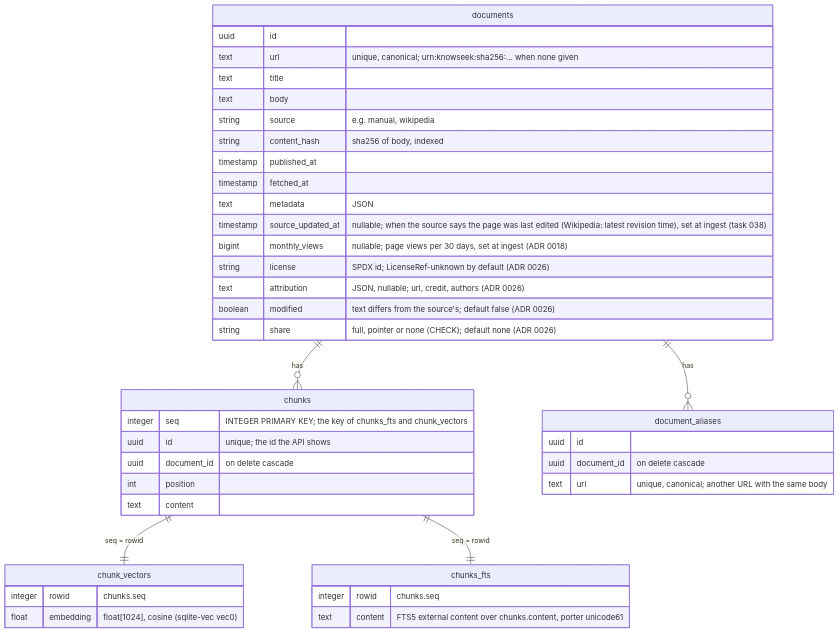
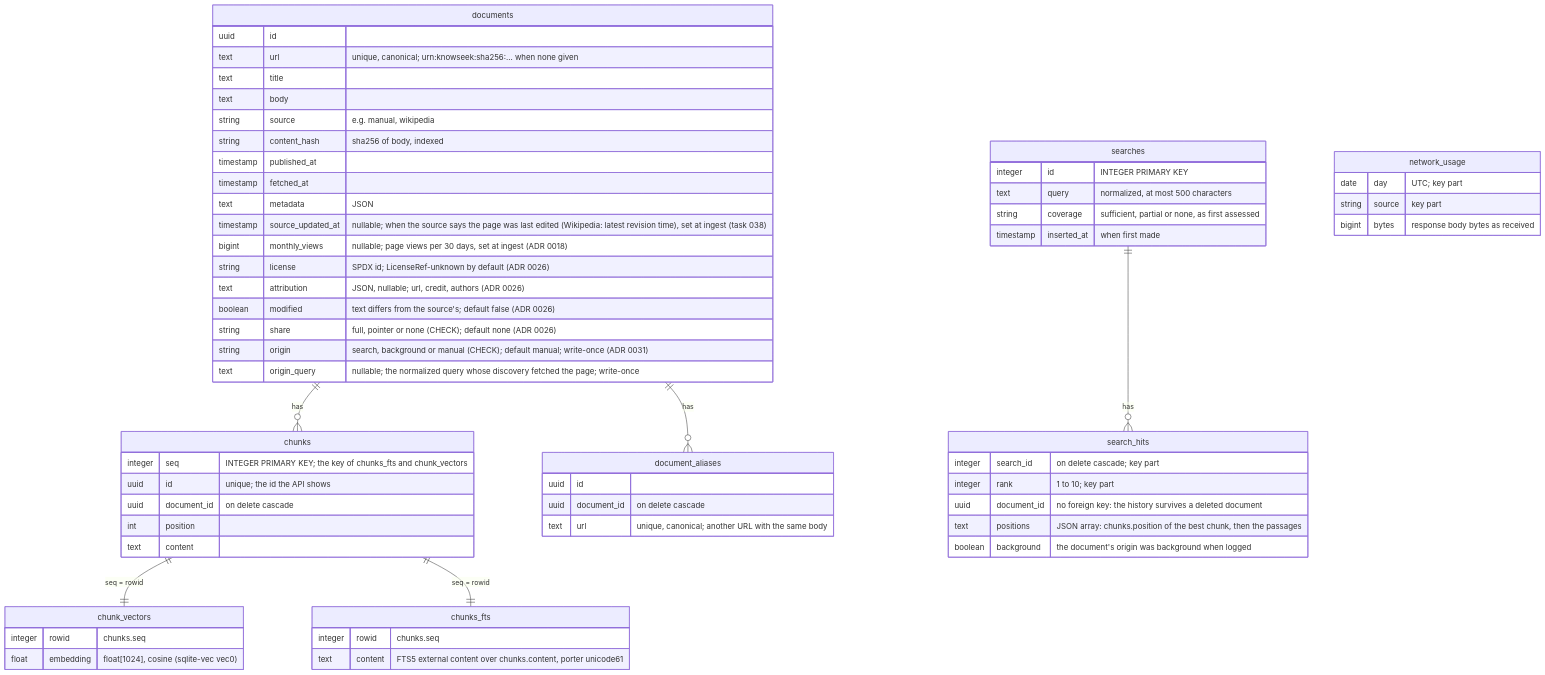
One commit to williamge/knowseek changed the second of 2 diagrams in docs/ARCHITECTURE.md. Above: the diagram before and after it, drawn with Mermaid. The commit also changed other lines of this file and 51 other files, not shown here.

Commit message:
Record searches, page origin and network bytes, and show the numbers (#96, ADR 0031) (#98)

````diff
--- a/docs/ARCHITECTURE.md
+++ b/docs/ARCHITECTURE.md
@@ -58,44 +62,65 @@
 ```mermaid
 erDiagram
     documents ||--o{ chunks : has
     documents ||--o{ document_aliases : has
     documents {
         uuid id
         text url "unique, canonical; urn:knowseek:sha256:... when none given"
         text title
         text body
         string source "e.g. manual, wikipedia"
         string content_hash "sha256 of body, indexed"
         timestamp published_at
         timestamp fetched_at
         text metadata "JSON"
         timestamp source_updated_at "nullable; when the source says the page was last edited (Wikipedia: latest revision time), set at ingest (task 038)"
         bigint monthly_views "nullable; page views per 30 days, set at ingest (ADR 0018)"
         string license "SPDX id; LicenseRef-unknown by default (ADR 0026)"
         text attribution "JSON, nullable; url, credit, authors (ADR 0026)"
         boolean modified "text differs from the source's; default false (ADR 0026)"
         string share "full, pointer or none (CHECK); default none (ADR 0026)"
+        string origin "search, background or manual (CHECK); default manual; write-once (ADR 0031)"
+        text origin_query "nullable; the normalized query whose discovery fetched the page; write-once"
     }
     document_aliases {
         uuid id
         uuid document_id "on delete cascade"
         text url "unique, canonical; another URL with the same body"
     }
     chunks {
         integer seq "INTEGER PRIMARY KEY; the key of chunks_fts and chunk_vectors"
         uuid id "unique; the id the API shows"
         uuid document_id "on delete cascade"
         int position
         text content
     }
+    searches ||--o{ search_hits : has
+    searches {
+        integer id "INTEGER PRIMARY KEY"
+        text query "normalized, at most 500 characters"
+        string coverage "sufficient, partial or none, as first assessed"
+        timestamp inserted_at "when first made"
+    }
+    search_hits {
+        integer search_id "on delete cascade; key part"
+        integer rank "1 to 10; key part"
+        uuid document_id "no foreign key: the history survives a deleted document"
+        text positions "JSON array: chunks.position of the best chunk, then the passages"
+        boolean background "the document's origin was background when logged"
+    }
+    network_usage {
+        date day "UTC; key part"
+        string source "key part"
+        bigint bytes "response body bytes as received"
+    }
     chunks ||--|| chunk_vectors : "seq = rowid"
     chunks ||--|| chunks_fts : "seq = rowid"
     chunk_vectors {
         integer rowid "chunks.seq"
         float embedding "float[1024], cosine (sqlite-vec vec0)"
     }
     chunks_fts {
         integer rowid "chunks.seq"
         text content "FTS5 external content over chunks.content, porter unicode61"
     }
 ```
````
